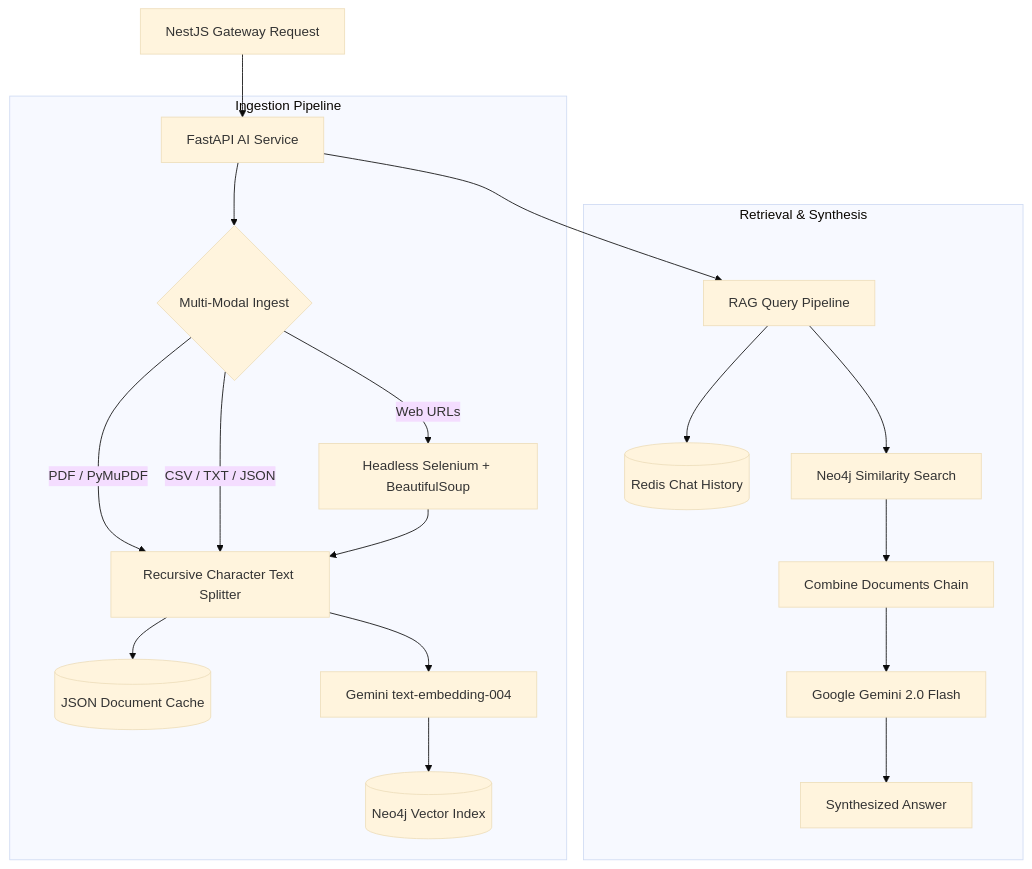
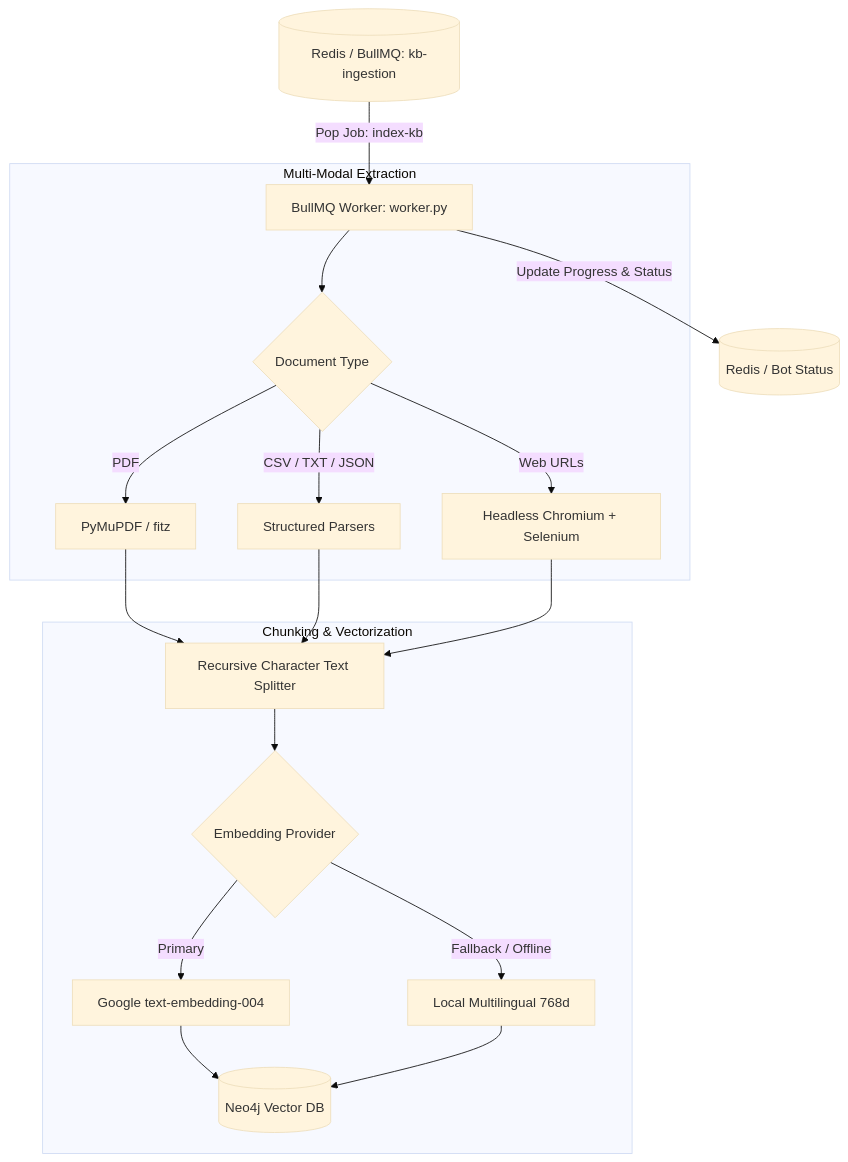
One commit to yeabalex/kstm changed the diagram in apps/ai-service/README.md. Above: the diagram before and after it, drawn with Mermaid (base theme). The commit also changed other lines of this file and 14 other files, not shown here.

````diff
--- a/apps/ai-service/README.md
+++ b/apps/ai-service/README.md
@@ -9,24 +9,24 @@
 ```mermaid
 flowchart TD
-    Request[NestJS Gateway Request] --> FastAPI[FastAPI AI Service]
+    Queue[(Redis / BullMQ: kb-ingestion)] -->|Pop Job: index-kb| Worker[BullMQ Worker: worker.py]
     
-    subgraph Ingestion Pipeline
-        FastAPI --> Ingest{Multi-Modal Ingest}
-        Ingest -->|PDF / PyMuPDF| DocSplitter[Recursive Character Text Splitter]
-        Ingest -->|CSV / TXT / JSON| DocSplitter
-        Ingest -->|Web URLs| HeadlessChrome[Headless Selenium + BeautifulSoup]
-        HeadlessChrome --> DocSplitter
-        DocSplitter --> JSONCache[(JSON Document Cache)]
-        DocSplitter --> Embeddings[Gemini text-embedding-004]
-        Embeddings --> Neo4j[(Neo4j Vector Index)]
+    subgraph Multi-Modal Extraction
+        Worker --> Router{Document Type}
+        Router -->|PDF| PDFParser[PyMuPDF / fitz]
+        Router -->|CSV / TXT / JSON| TextParsers[Structured Parsers]
+        Router -->|Web URLs| Scraper[Headless Chromium + Selenium]
     end
-
-    subgraph Retrieval & Synthesis
-        FastAPI --> QueryHandler[RAG Query Pipeline]
-        QueryHandler --> RedisMem[(Redis Chat History)]
-        QueryHandler --> VectorSearch[Neo4j Similarity Search]
-        VectorSearch --> StuffChain[Combine Documents Chain]
-        StuffChain --> LLM[Google Gemini 2.0 Flash]
-        LLM --> StreamResponse[Synthesized Answer]
+    
+    subgraph Chunking & Vectorization
+        PDFParser --> Splitter[Recursive Character Text Splitter]
+        TextParsers --> Splitter
+        Scraper --> Splitter
+        Splitter --> Embedder{Embedding Provider}
+        Embedder -->|Primary| Gemini[Google text-embedding-004]
+        Embedder -->|Fallback / Offline| LocalEmbed[Local Multilingual 768d]
+        Gemini --> Neo4j[(Neo4j Vector DB)]
+        LocalEmbed --> Neo4j
     end
+    
+    Worker -->|Update Progress & Status| RedisState[(Redis / Bot Status)]
 ```
````
